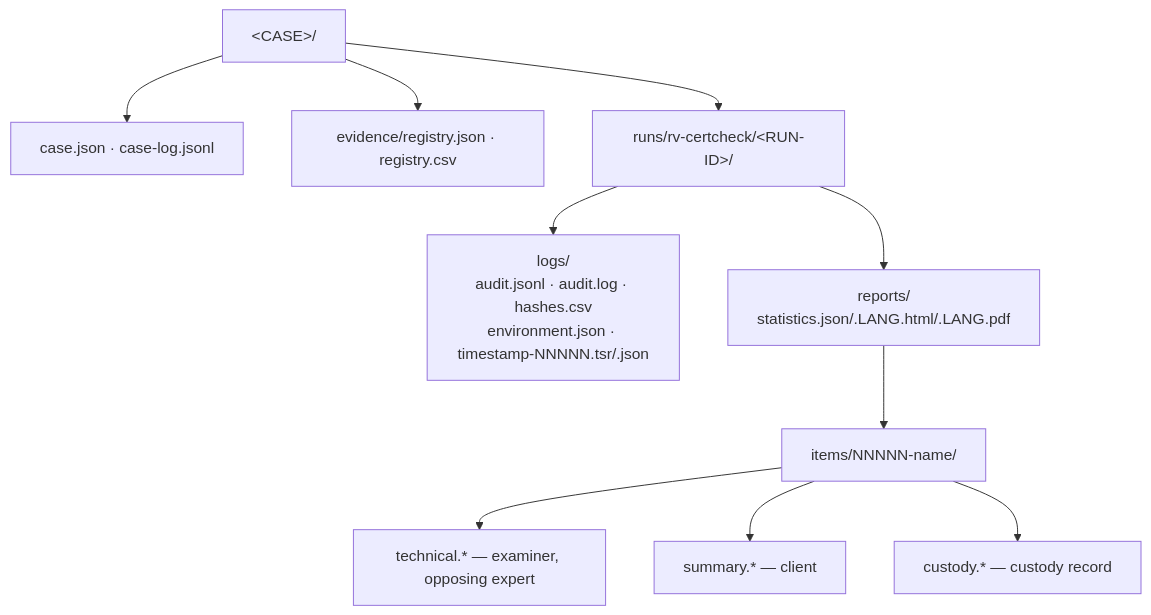
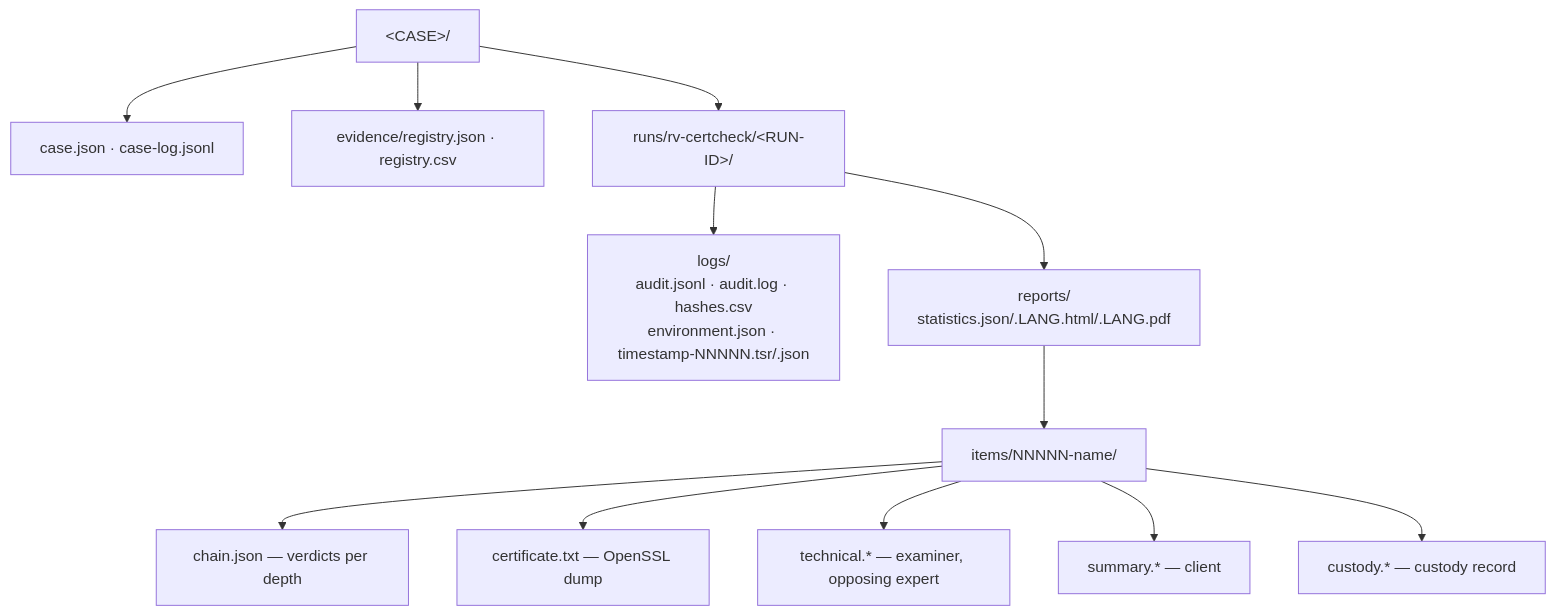
Before and after one commit to Panacota96/rv-certcheck: the second of 2 diagrams in docs/usage.md, drawn with Mermaid. The commit also changed other lines of this file, not shown here.

First line of the commit message:
docs(usage): certificate-evidence walkthrough, reading chain.json, creation commands, messages

````diff
--- a/docs/usage.md
+++ b/docs/usage.md
@@ -150,12 +122,14 @@
 ```mermaid
 flowchart TB
     CASE["&lt;CASE&gt;/"] --> CJ["case.json · case-log.jsonl"]
     CASE --> EV["evidence/registry.json · registry.csv"]
     CASE --> RUN["runs/rv-certcheck/&lt;RUN-ID&gt;/"]
     RUN --> L["logs/<br/>audit.jsonl · audit.log · hashes.csv<br/>environment.json · timestamp-NNNNN.tsr/.json"]
     RUN --> R["reports/<br/>statistics.json/.LANG.html/.LANG.pdf"]
     R --> I["items/NNNNN-name/"]
+    I --> CH["chain.json — verdicts per depth"]
+    I --> CT["certificate.txt — OpenSSL dump"]
     I --> T["technical.* — examiner, opposing expert"]
     I --> S["summary.* — client"]
     I --> K["custody.* — custody record"]
 ```
````
